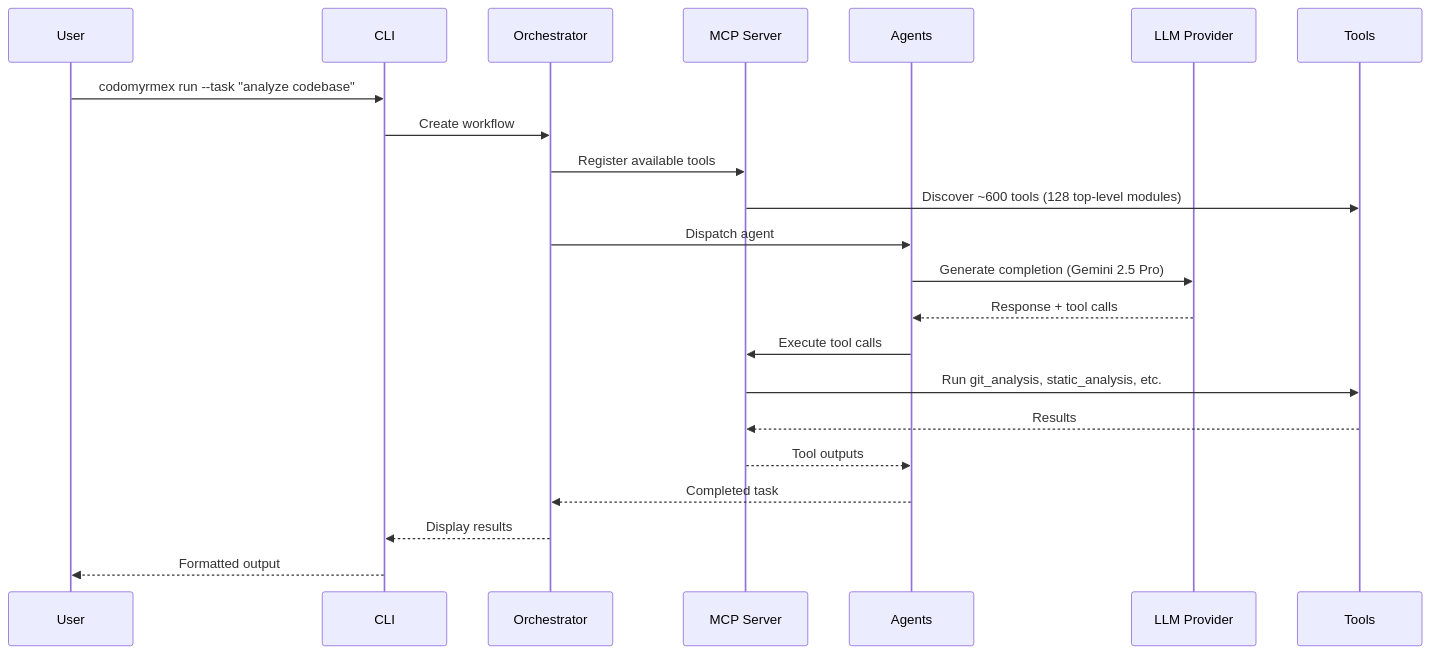
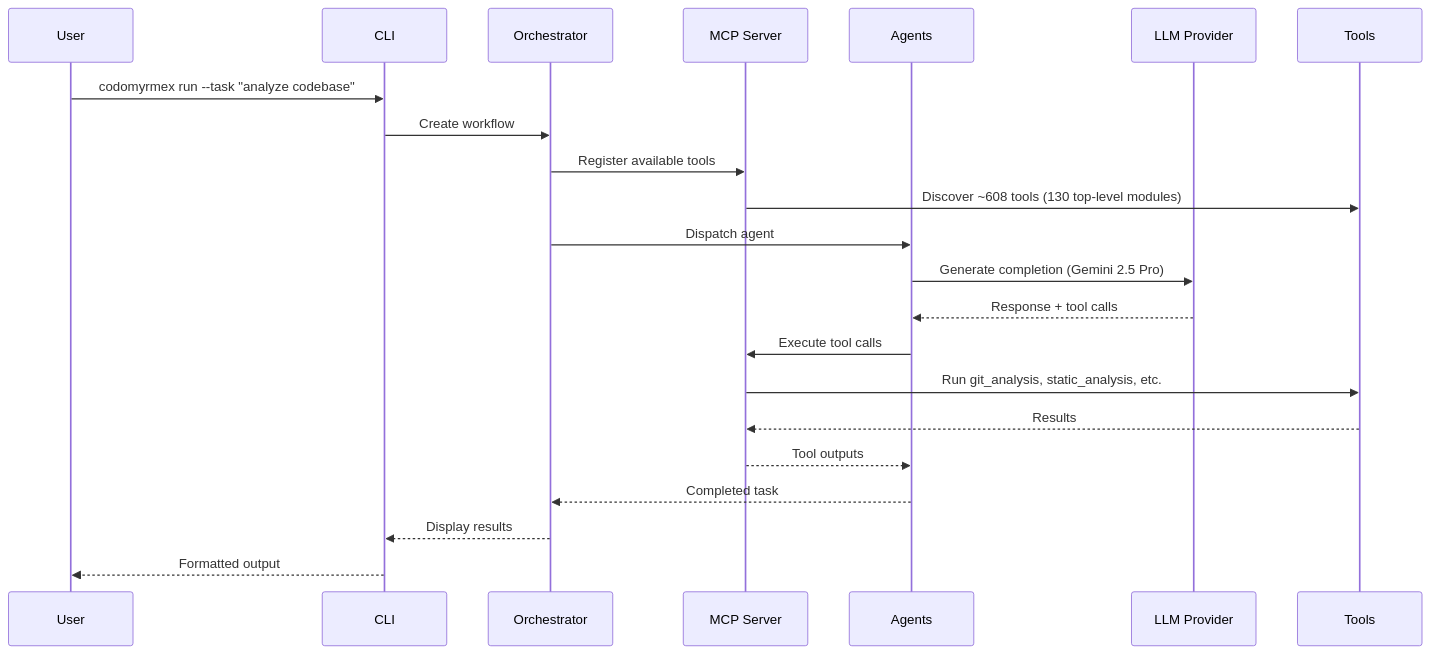
Before and after one commit to docxology/codomyrmex: the third of 7 diagrams in .github/README.md, drawn with Mermaid. The commit also changed other lines of this file and 852 other files, not shown here.

````diff
--- a/.github/README.md
+++ b/.github/README.md
@@ -480,25 +480,25 @@
 ```mermaid
 sequenceDiagram
     participant User
     participant CLI
     participant Orchestrator
     participant MCP as MCP Server
     participant Agents
     participant LLM as LLM Provider
     participant Tools
 
     User->>CLI: codomyrmex run --task "analyze codebase"
     CLI->>Orchestrator: Create workflow
     Orchestrator->>MCP: Register available tools
-    MCP->>Tools: Discover ~600 tools (128 top-level modules)
+    MCP->>Tools: Discover ~608 tools (130 top-level modules)
     Orchestrator->>Agents: Dispatch agent
     Agents->>LLM: Generate completion (Gemini 2.5 Pro)
     LLM-->>Agents: Response + tool calls
     Agents->>MCP: Execute tool calls
     MCP->>Tools: Run git_analysis, static_analysis, etc.
     Tools-->>MCP: Results
     MCP-->>Agents: Tool outputs
     Agents-->>Orchestrator: Completed task
     Orchestrator-->>CLI: Display results
     CLI-->>User: Formatted output
 ```
````
